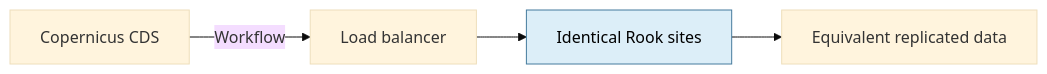
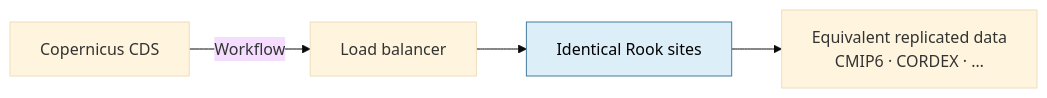
Before and after one commit to roocs/rook: the third of 11 diagrams in Rook_WPS_ESGF2_talk_draft.md, drawn with Mermaid (base theme). The commit also changed other lines of this file, not shown here.

````diff
--- a/Rook_WPS_ESGF2_talk_draft.md
+++ b/Rook_WPS_ESGF2_talk_draft.md
@@ -90,8 +92,8 @@
 ```mermaid
 flowchart LR
     CDS["Copernicus CDS"] -->|"Workflow"| LB["Load balancer"]
     LB --> Rook["Identical Rook sites"]
-    Rook --> Data["Equivalent replicated data"]
+    Rook --> Data["Equivalent replicated data<br/>CMIP6 · CORDEX · …"]
 
     style Rook fill:#dceef8,stroke:#457b9d,color:#000
 ```
````
